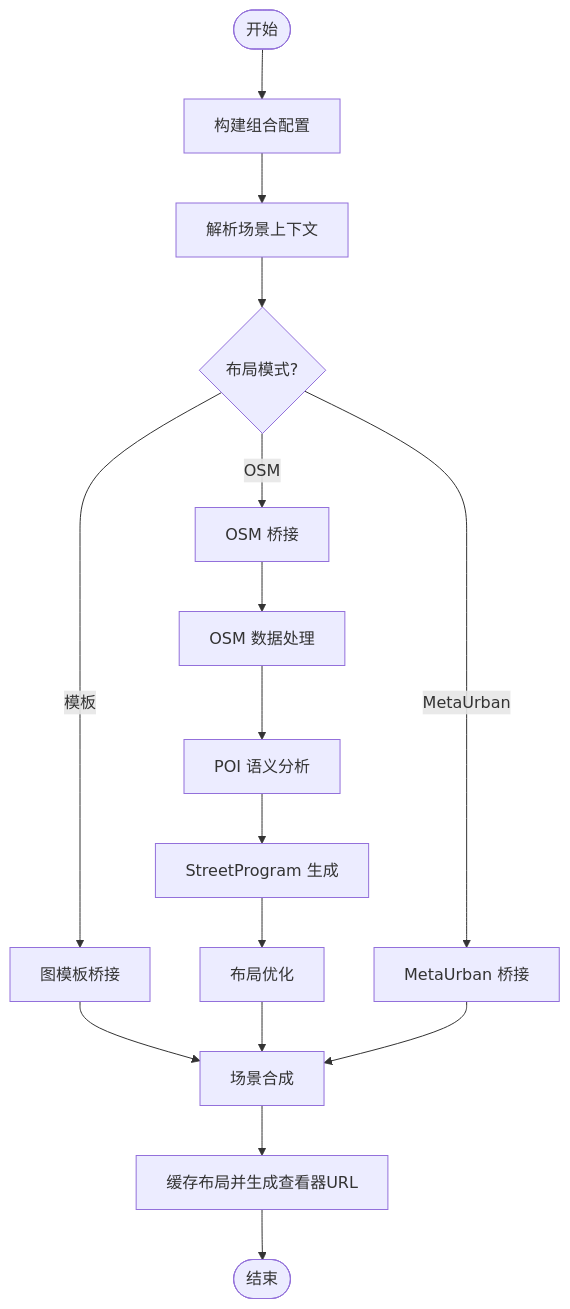
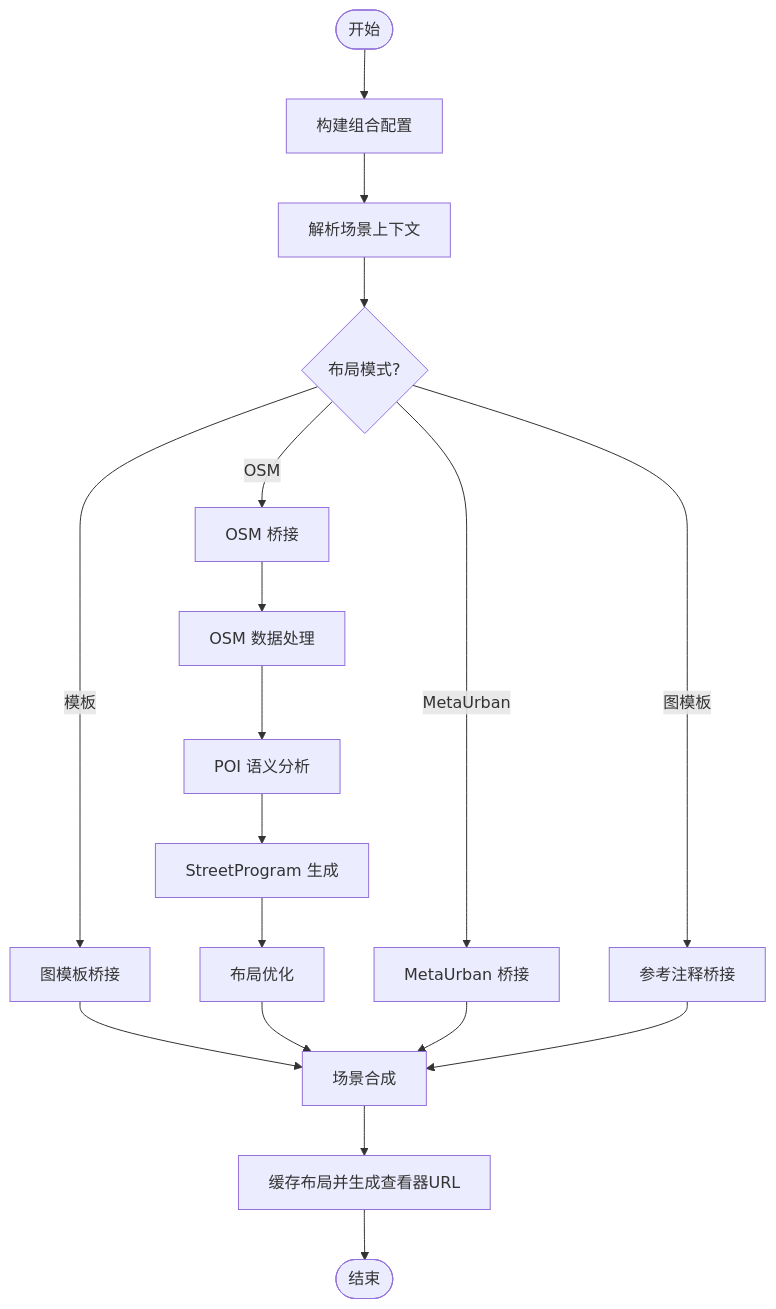
One commit to wsqstar/RoadGen3D changed the fourth of 19 diagrams in .qoder/repowiki/zh/content/系统架构/系统架构.md. Above: the diagram before and after it, drawn with Mermaid. The commit also changed other lines of this file and 8 other files, not shown here.

First line of the commit message:
feat(docs): update architecture docs with Auto Scene Pipeline and API details

````diff
--- a/.qoder/repowiki/zh/content/系统架构/系统架构.md
+++ b/.qoder/repowiki/zh/content/系统架构/系统架构.md
@@ -257,18 +304,20 @@
 ```mermaid
 flowchart TD
 Start(["开始"]) --> BuildConfig["构建组合配置"]
 BuildConfig --> ResolveCtx["解析场景上下文"]
 ResolveCtx --> Mode{"布局模式?"}
 Mode --> |模板| BridgeGT["图模板桥接"]
 Mode --> |OSM| BridgeOSM["OSM 桥接"]
 Mode --> |MetaUrban| BridgeMU["MetaUrban 桥接"]
+Mode --> |图模板| BridgeRT["参考注释桥接"]
 BridgeGT --> Compose["场景合成"]
 BridgeOSM --> OSMProcess["OSM 数据处理"]
 OSMProcess --> POIAnalysis["POI 语义分析"]
 POIAnalysis --> ProgramGen["StreetProgram 生成"]
 ProgramGen --> LayoutOpt["布局优化"]
 LayoutOpt --> Compose
 BridgeMU --> Compose
+BridgeRT --> Compose
 Compose --> Cache["缓存布局并生成查看器URL"]
 Cache --> End(["结束"])
 ```
````
